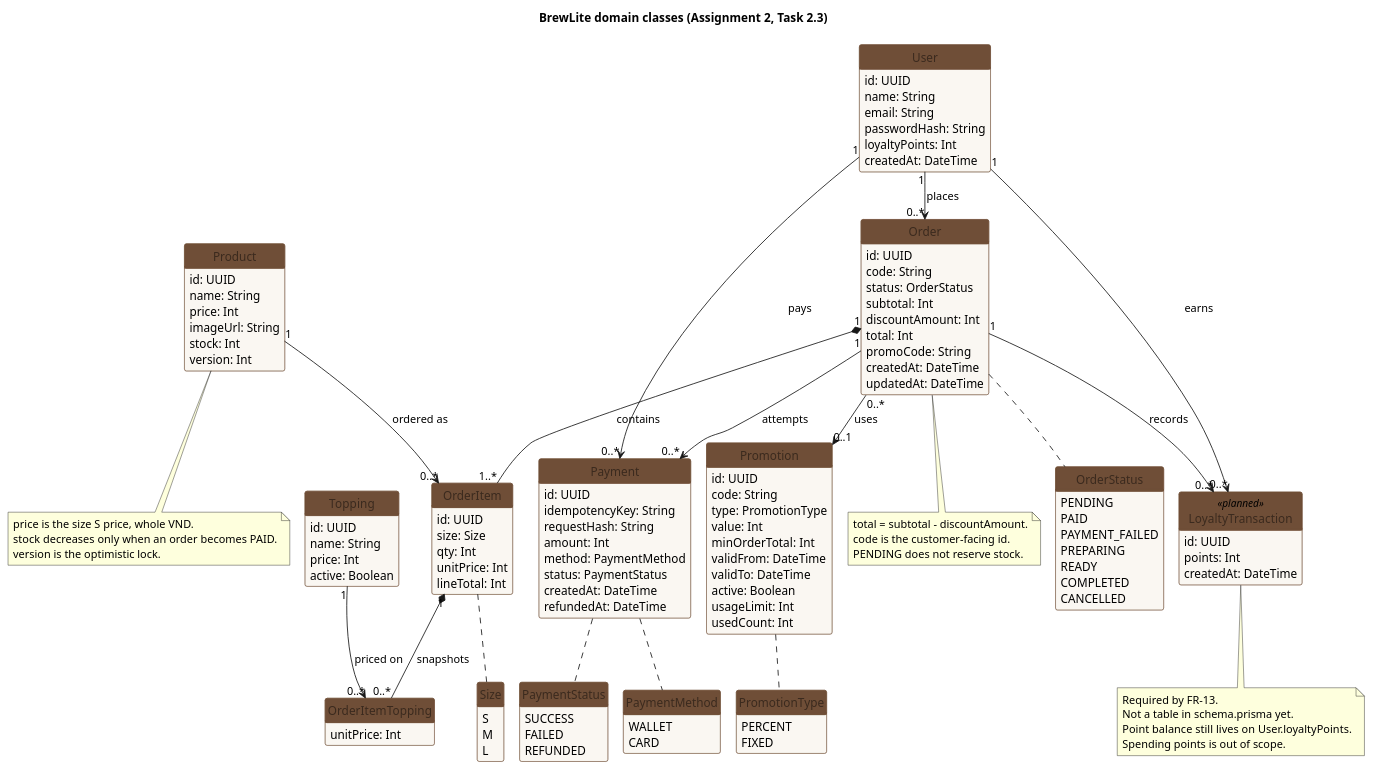
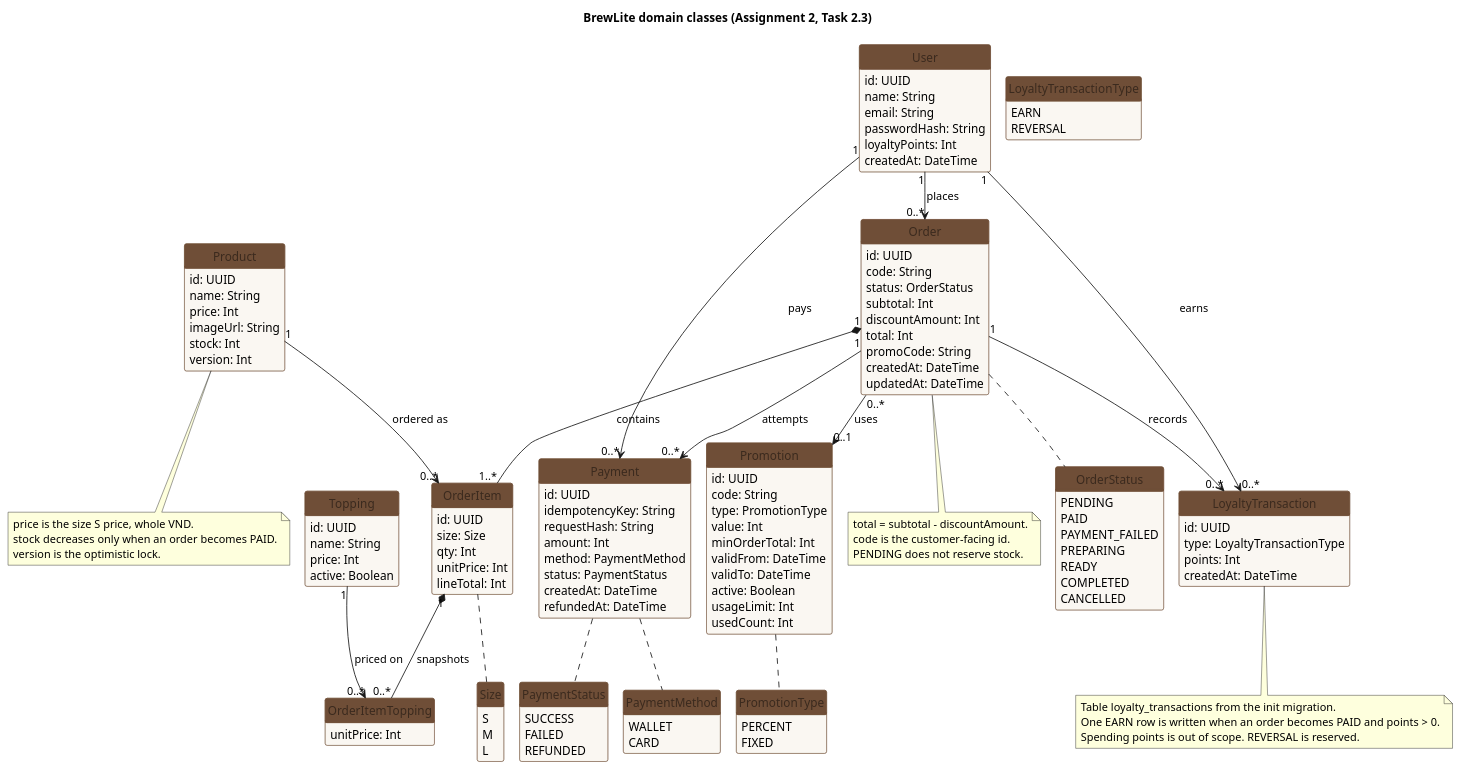
One commit to Nghiaphan123/BrewLite_Cof changed the diagram in docs/diagrams/class-domain.puml. Above: the diagram before and after it, drawn with PlantUML. The commit also changed 10 other files, not shown here.

First line of the commit message:
feat(payments): record an EARN loyalty row when an order is paid (Task 5.1)

```diff
--- a/docs/diagrams/class-domain.puml
+++ b/docs/diagrams/class-domain.puml
@@ -1,162 +1,166 @@
 @startuml class-domain
 !pragma layout smetana
 title BrewLite domain classes (Assignment 2, Task 2.3)
 skinparam shadowing false
 skinparam backgroundColor #FFFFFF
 skinparam classAttributeIconSize 0
 skinparam class {
   BackgroundColor #FAF7F2
   BorderColor #6F4E37
   HeaderBackgroundColor #6F4E37
   HeaderFontColor #FFFFFF
   FontColor #3B2A1E
 }
 hide methods
 hide circles
 
 together {
   enum OrderStatus {
     PENDING
     PAID
     PAYMENT_FAILED
     PREPARING
     READY
     COMPLETED
     CANCELLED
   }
   enum Size {
     S
     M
     L
   }
   enum PaymentMethod {
     WALLET
     CARD
   }
   enum PaymentStatus {
     SUCCESS
     FAILED
     REFUNDED
   }
   enum PromotionType {
     PERCENT
     FIXED
+  }
+  enum LoyaltyTransactionType {
+    EARN
+    REVERSAL
   }
 }
 
 class User {
   id: UUID
   name: String
   email: String
   passwordHash: String
   loyaltyPoints: Int
   createdAt: DateTime
 }
 
 class Product {
   id: UUID
   name: String
   price: Int
   imageUrl: String
   stock: Int
   version: Int
 }
 
 class Topping {
   id: UUID
   name: String
   price: Int
   active: Boolean
 }
 
 class Order {
   id: UUID
   code: String
   status: OrderStatus
   subtotal: Int
   discountAmount: Int
   total: Int
   promoCode: String
   createdAt: DateTime
   updatedAt: DateTime
 }
 
 class OrderItem {
   id: UUID
   size: Size
   qty: Int
   unitPrice: Int
   lineTotal: Int
 }
 
 class OrderItemTopping {
   unitPrice: Int
 }
 
 class Payment {
   id: UUID
   idempotencyKey: String
   requestHash: String
   amount: Int
   method: PaymentMethod
   status: PaymentStatus
   createdAt: DateTime
   refundedAt: DateTime
 }
 
 class Promotion {
   id: UUID
   code: String
   type: PromotionType
   value: Int
   minOrderTotal: Int
   validFrom: DateTime
   validTo: DateTime
   active: Boolean
   usageLimit: Int
   usedCount: Int
 }
 
-class LoyaltyTransaction <<planned>> {
+class LoyaltyTransaction {
   id: UUID
+  type: LoyaltyTransactionType
   points: Int
   createdAt: DateTime
 }
 
 User "1" --> "0..*" Order : places >
 User "1" --> "0..*" Payment : pays >
 User "1" --> "0..*" LoyaltyTransaction : earns >
 Order "1" *-- "1..*" OrderItem : contains >
 Order "1" --> "0..*" Payment : attempts >
 Order "0..*" --> "0..1" Promotion : uses >
 Order "1" --> "0..*" LoyaltyTransaction : records >
 Product "1" --> "0..*" OrderItem : ordered as >
 OrderItem "1" *-- "0..*" OrderItemTopping : snapshots >
 Topping "1" --> "0..*" OrderItemTopping : priced on >
 
 Order .. OrderStatus
 OrderItem .. Size
 Payment .. PaymentMethod
 Payment .. PaymentStatus
 Promotion .. PromotionType
 
 note bottom of LoyaltyTransaction
-  Required by FR-13.
-  Not a table in schema.prisma yet.
-  Point balance still lives on User.loyaltyPoints.
-  Spending points is out of scope.
+  Table loyalty_transactions from the init migration.
+  One EARN row is written when an order becomes PAID and points > 0.
+  Spending points is out of scope. REVERSAL is reserved.
 end note
 
 note bottom of Product
   price is the size S price, whole VND.
   stock decreases only when an order becomes PAID.
   version is the optimistic lock.
 end note
 
 note bottom of Order
   total = subtotal - discountAmount.
   code is the customer-facing id.
   PENDING does not reserve stock.
 end note
 
 @enduml
```
